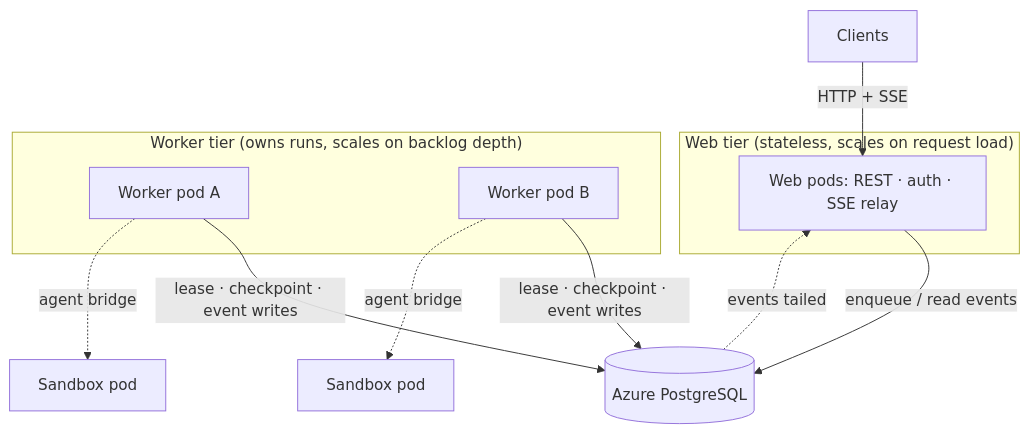
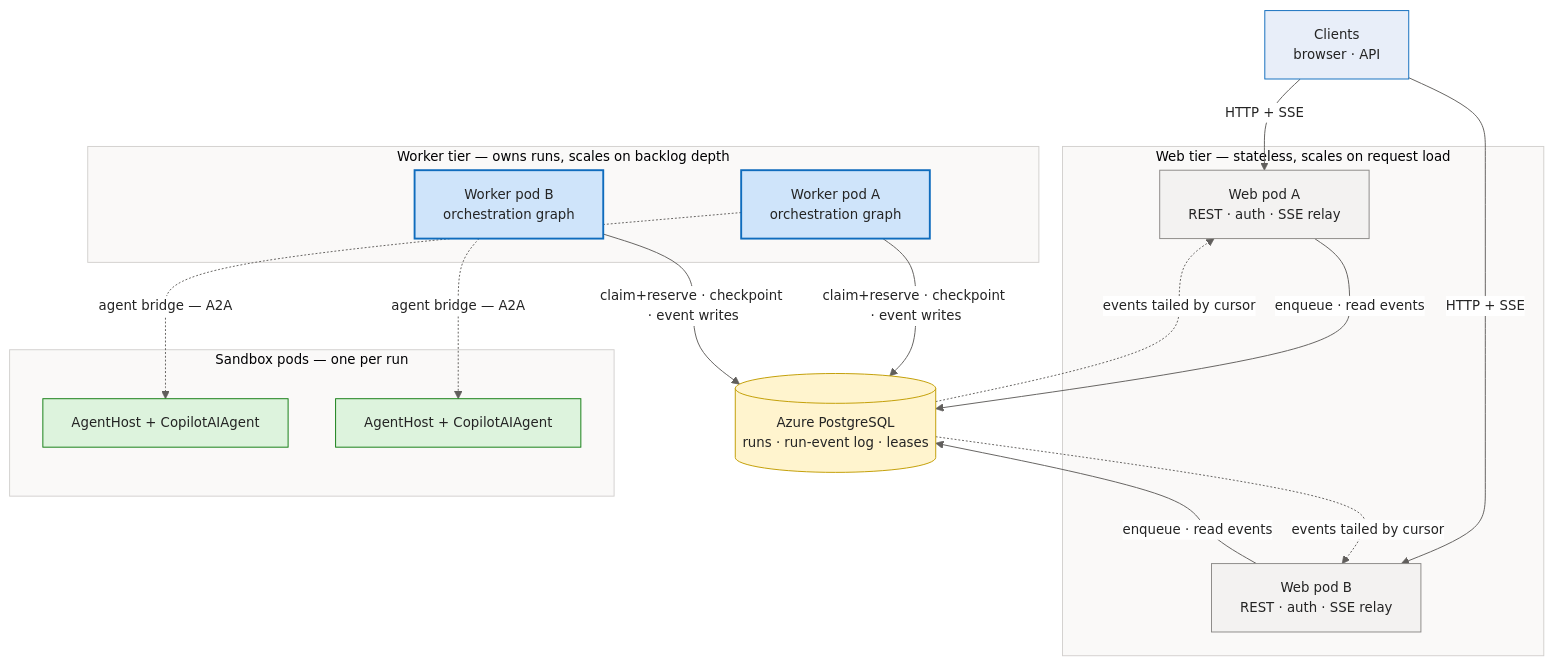
Before and after one commit to sabbour/agentweaver: the third of 5 diagrams in docs/deep-dive/distributed-execution-scaling.md, drawn with Mermaid. The commit also changed other lines of this file and 13 other files, not shown here.

````diff
--- a/docs/deep-dive/distributed-execution-scaling.md
+++ b/docs/deep-dive/distributed-execution-scaling.md
@@ -90,19 +121,46 @@
 ```mermaid
-flowchart TD
-    Client[Clients] -->|HTTP + SSE| Web
+%%{init: {'theme':'base','themeVariables':{'fontFamily':'Segoe UI, system-ui, -apple-system, sans-serif','fontSize':'14px','primaryColor':'#E8EEF9','primaryBorderColor':'#0F6CBD','primaryTextColor':'#242424','lineColor':'#605E5C','clusterBkg':'#FAF9F8','clusterBorder':'#D2D0CE','edgeLabelBackground':'#FFFFFF'}}}%%
+flowchart TB
+    Client["Clients<br/>browser · API"]
 
-    subgraph WebTier["Web tier (stateless, scales on request load)"]
-        Web[Web pods: REST · auth · SSE relay]
+    subgraph WebTier["Web tier — stateless, scales on request load"]
+        WebA["Web pod A<br/>REST · auth · SSE relay"]
+        WebB["Web pod B<br/>REST · auth · SSE relay"]
     end
-    subgraph WorkerTier["Worker tier (owns runs, scales on backlog depth)"]
-        W1[Worker pod A]
-        W2[Worker pod B]
+    subgraph WorkerTier["Worker tier — owns runs, scales on backlog depth"]
+        W1["Worker pod A<br/>orchestration graph"]
+        W2["Worker pod B<br/>orchestration graph"]
     end
+    subgraph Pods["Sandbox pods — one per run"]
+        Pod1["AgentHost + CopilotAIAgent"]
+        Pod2["AgentHost + CopilotAIAgent"]
+    end
+    DB[("Azure PostgreSQL<br/>runs · run-event log · leases")]
 
-    Web -->|enqueue / read events| DB[(Azure PostgreSQL)]
-    W1 -->|lease · checkpoint · event writes| DB
-    W2 -->|lease · checkpoint · event writes| DB
-    W1 -. agent bridge .-> Pod1[Sandbox pod]
-    W2 -. agent bridge .-> Pod2[Sandbox pod]
-    DB -. events tailed .-> Web
+    Client -->|HTTP + SSE| WebA
+    Client -->|HTTP + SSE| WebB
+    WebA -->|enqueue · read events| DB
+    WebB -->|enqueue · read events| DB
+    W1 -->|claim+reserve · checkpoint · event writes| DB
+    W2 -->|claim+reserve · checkpoint · event writes| DB
+    W1 -. agent bridge — A2A .-> Pod1
+    W2 -. agent bridge — A2A .-> Pod2
+    DB -. events tailed by cursor .-> WebA
+    DB -. events tailed by cursor .-> WebB
+
+    classDef client fill:#E8EEF9,stroke:#0F6CBD,stroke-width:1px,color:#242424;
+    classDef svc fill:#F3F2F1,stroke:#8A8886,stroke-width:1px,color:#242424;
+    classDef core fill:#CFE4FA,stroke:#0F6CBD,stroke-width:2px,color:#242424;
+    classDef data fill:#FFF4CE,stroke:#C19C00,stroke-width:1px,color:#242424;
+    classDef ext fill:#F0E8F8,stroke:#8764B8,stroke-width:1px,color:#242424;
+    classDef runtime fill:#DDF3DD,stroke:#107C10,stroke-width:1px,color:#242424;
+    classDef evt fill:#D6F0F0,stroke:#038387,stroke-width:1px,color:#242424;
+    class Client client;
+    class WebA svc;
+    class WebB svc;
+    class W1 core;
+    class W2 core;
+    class Pod1 runtime;
+    class Pod2 runtime;
+    class DB data;
 ```
````
